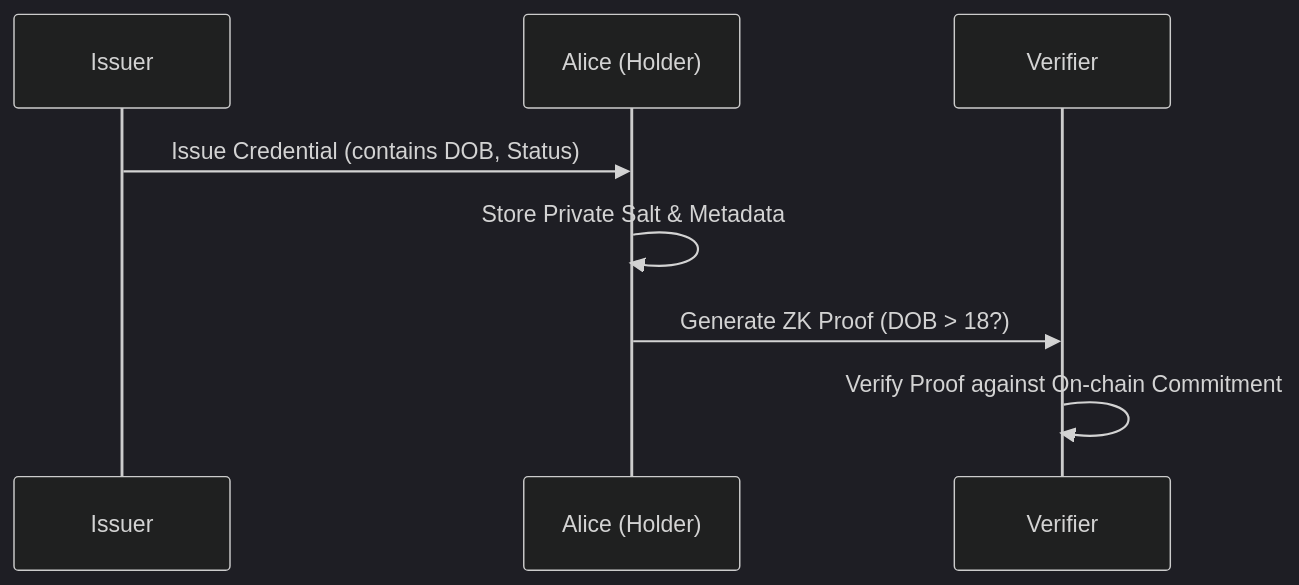
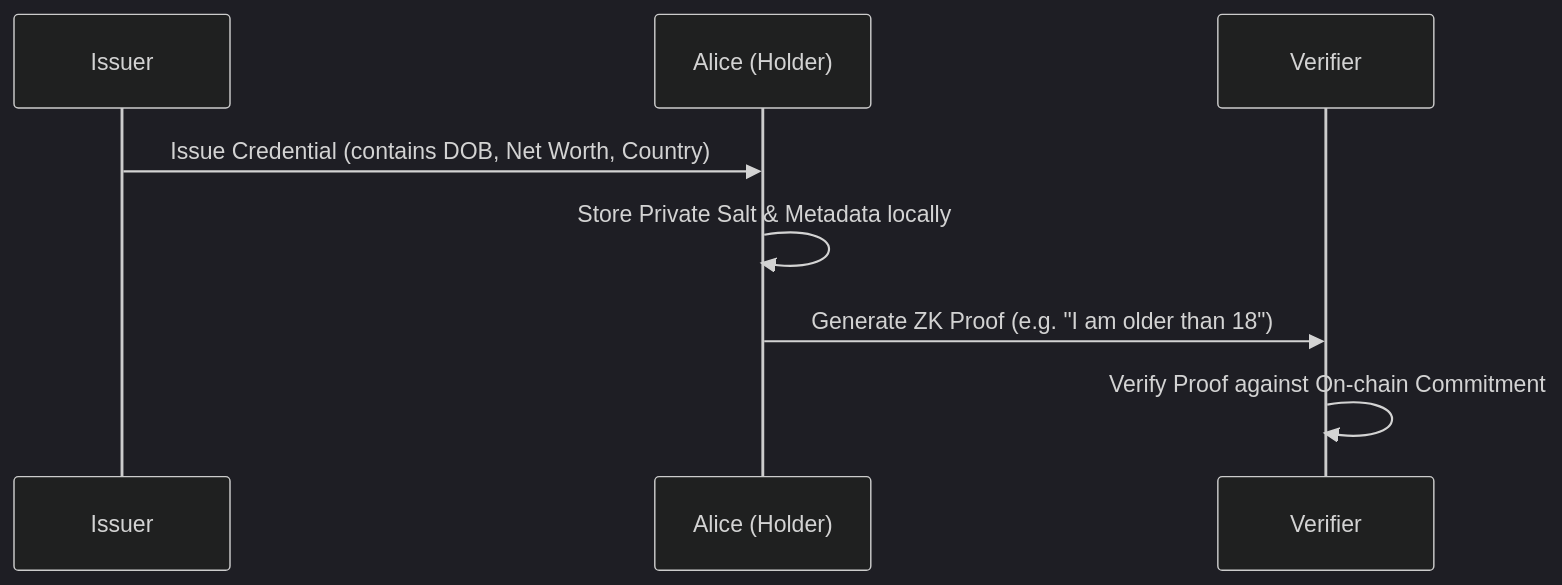
One commit to kanyuku/my-did-tutorial changed the diagram in TUTORIAL.md. Above: the diagram before and after it, drawn with Mermaid (dark theme). The commit also changed other lines of this file, not shown here.

````diff
--- a/TUTORIAL.md
+++ b/TUTORIAL.md
@@ -44,11 +25,11 @@
 ```mermaid
 sequenceDiagram
     participant Issuer
     participant Alice (Holder)
     participant Verifier
     
-    Issuer->>Alice (Holder): Issue Credential (contains DOB, Status)
-    Alice (Holder)->>Alice (Holder): Store Private Salt & Metadata
-    Alice (Holder)->>Verifier: Generate ZK Proof (DOB > 18?)
+    Issuer->>Alice (Holder): Issue Credential (contains DOB, Net Worth, Country)
+    Alice (Holder)->>Alice (Holder): Store Private Salt & Metadata locally
+    Alice (Holder)->>Verifier: Generate ZK Proof (e.g. "I am older than 18")
     Verifier->>Verifier: Verify Proof against On-chain Commitment
 ```
````
